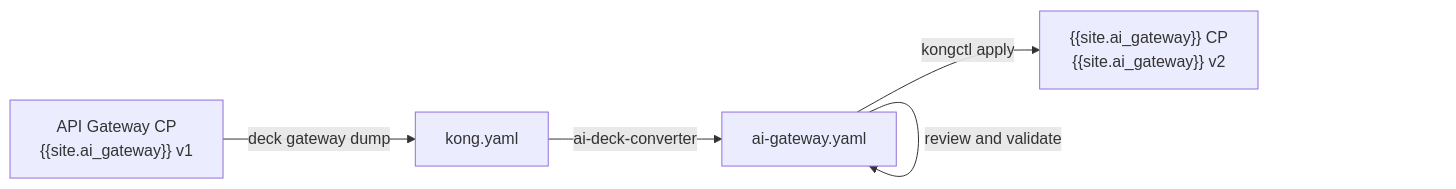
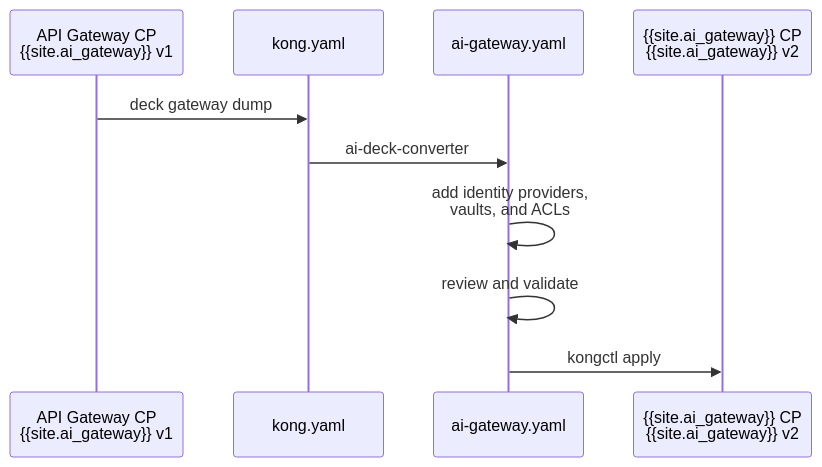
Before and after one commit to Kong/developer.konghq.com: the diagram in app/ai-gateway/v2-migration-guide.md, drawn with Mermaid. The commit also changed other lines of this file, not shown here.

Commit message:
Apply suggestions from code review

```diff
--- a/app/ai-gateway/v2-migration-guide.md
+++ b/app/ai-gateway/v2-migration-guide.md
@@ -63,8 +63,13 @@
 {% mermaid %}
-flowchart LR
-    A["API Gateway CP<br/>{{site.ai_gateway}} v1"] -->|deck gateway dump| B["kong.yaml"]
-    B -->|ai-deck-converter| C["ai-gateway.yaml"]
-    C -->|add identity providers,<br/>vaults, and ACLs| C
-    C -->|review and validate| C
-    C -->|kongctl apply| D["{{site.ai_gateway}} CP<br/>{{site.ai_gateway}} v2"]
+sequenceDiagram
+    participant A as API Gateway CP<br/>{{site.ai_gateway}} v1
+    participant B as kong.yaml
+    participant C as ai-gateway.yaml
+    participant D as {{site.ai_gateway}} CP<br/>{{site.ai_gateway}} v2
+
+    A->>B: deck gateway dump
+    B->>C: ai-deck-converter
+    C->>C: add identity providers,<br/>vaults, and ACLs
+    C->>C: review and validate
+    C->>D: kongctl apply
 {% endmermaid %}
```
